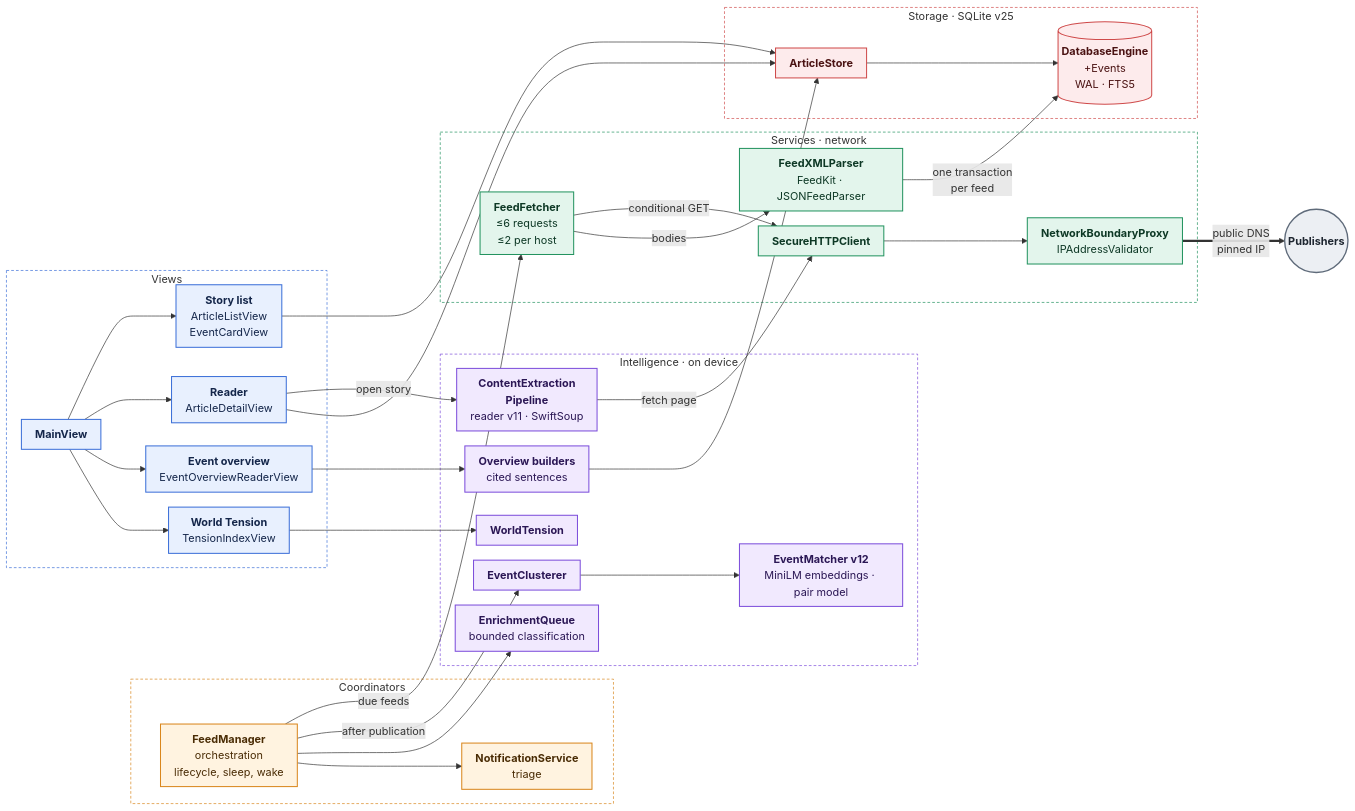
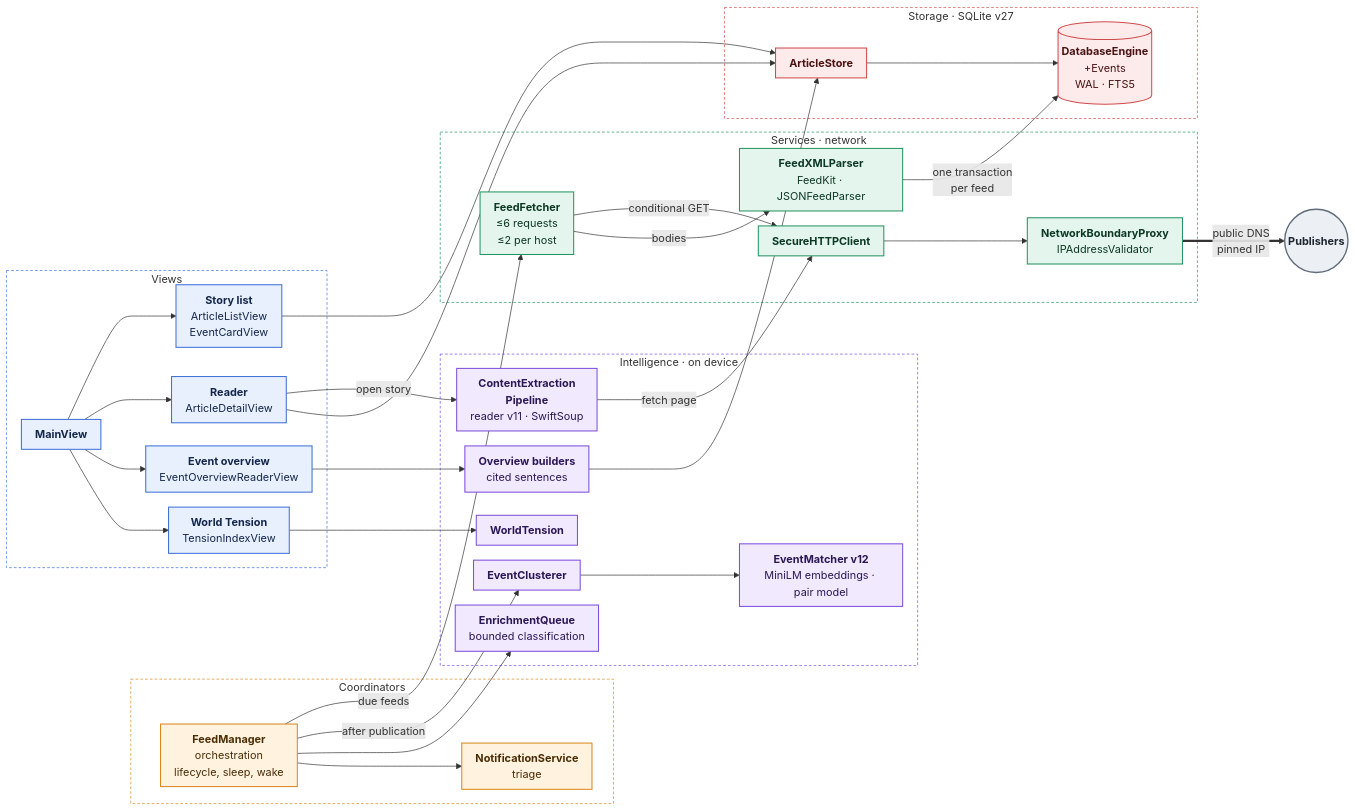
Before and after one commit to marspater/NewsApp-macOS: the first of 3 diagrams in docs/ARCHITECTURE.md, drawn with Mermaid. The commit also changed other lines of this file and 1 other file, not shown here.

Commit message:
fix(events): the exclusion fixture fails loudly; system map says v27; the story pass's active-lifetime condition documented (#581)

````diff
--- a/docs/ARCHITECTURE.md
+++ b/docs/ARCHITECTURE.md
@@ -22,75 +22,75 @@
 ```mermaid
 %%{init: {"flowchart": {"curve": "basis", "nodeSpacing": 22, "rankSpacing": 44, "padding": 10}}}%%
 flowchart LR
     subgraph Coord["Coordinators"]
         FM["<b>FeedManager</b><br/>orchestration<br/>lifecycle, sleep, wake"]
         NS["<b>NotificationService</b><br/>triage"]
     end
 
     subgraph UI["Views"]
         Main["<b>MainView</b>"]
         List["<b>Story list</b><br/>ArticleListView<br/>EventCardView"]
         Reader["<b>Reader</b><br/>ArticleDetailView"]
         Overview["<b>Event overview</b><br/>EventOverviewReaderView"]
         Tension["<b>World Tension</b><br/>TensionIndexView"]
     end
 
     subgraph Intel["Intelligence · on device"]
         EQ["<b>EnrichmentQueue</b><br/>bounded classification"]
         EC["<b>EventClusterer</b>"]
         EM["<b>EventMatcher v12</b><br/>MiniLM embeddings · pair model"]
         CEP["<b>ContentExtraction<br/>Pipeline</b><br/>reader v11 · SwiftSoup"]
         OV["<b>Overview builders</b><br/>cited sentences"]
         WT["<b>WorldTension</b>"]
     end
 
     subgraph Svc["Services · network"]
         FF["<b>FeedFetcher</b><br/>≤6 requests<br/>≤2 per host"]
         Parse["<b>FeedXMLParser</b><br/>FeedKit · JSONFeedParser"]
         HTTP["<b>SecureHTTPClient</b>"]
         GW["<b>NetworkBoundaryProxy</b><br/>IPAddressValidator"]
     end
 
-    subgraph Store["Storage · SQLite v25"]
+    subgraph Store["Storage · SQLite v27"]
         AS["<b>ArticleStore</b>"]
         DB[("<b>DatabaseEngine</b><br/>+Events<br/>WAL · FTS5")]
     end
 
     Net(("<b>Publishers</b>"))
 
     FM -->|due feeds| FF
     FM -->|after publication| EC
     FM --> EQ & NS
     EC --> EM
     FF -->|conditional GET| HTTP
     FF -->|bodies| Parse
     Parse -->|one transaction<br/>per feed| DB
     Main --> List & Reader & Overview & Tension
     Reader -->|open story| CEP
     CEP -->|fetch page| HTTP
     HTTP --> GW
     GW ==>|public DNS<br/>pinned IP| Net
     Overview --> OV
     OV --> AS
     List & Reader --> AS
     AS --> DB
     Tension --> WT
 
     classDef ui fill:#E8F0FE,stroke:#3B6FD8,stroke-width:1.5px,color:#14264A
     classDef coord fill:#FFF3E0,stroke:#D9861C,stroke-width:1.5px,color:#4A2C05
     classDef intel fill:#F1E9FE,stroke:#7C4DDB,stroke-width:1.5px,color:#2B1755
     classDef svc fill:#E3F5EC,stroke:#23935F,stroke-width:1.5px,color:#0D3825
     classDef store fill:#FDEBEC,stroke:#CF4A4A,stroke-width:1.5px,color:#4A1212
     classDef ext fill:#ECEFF3,stroke:#5F6B7A,stroke-width:2px,color:#1E2630
     class Main,List,Reader,Overview,Tension ui
     class FM,NS coord
     class CEP,EQ,EC,EM,OV,WT intel
     class FF,Parse,HTTP,GW svc
     class AS,DB store
     class Net ext
     style UI fill:none,stroke:#3B6FD8,stroke-dasharray:4 3
     style Coord fill:none,stroke:#D9861C,stroke-dasharray:4 3
     style Intel fill:none,stroke:#7C4DDB,stroke-dasharray:4 3
     style Svc fill:none,stroke:#23935F,stroke-dasharray:4 3
     style Store fill:none,stroke:#CF4A4A,stroke-dasharray:4 3
 ```
````
